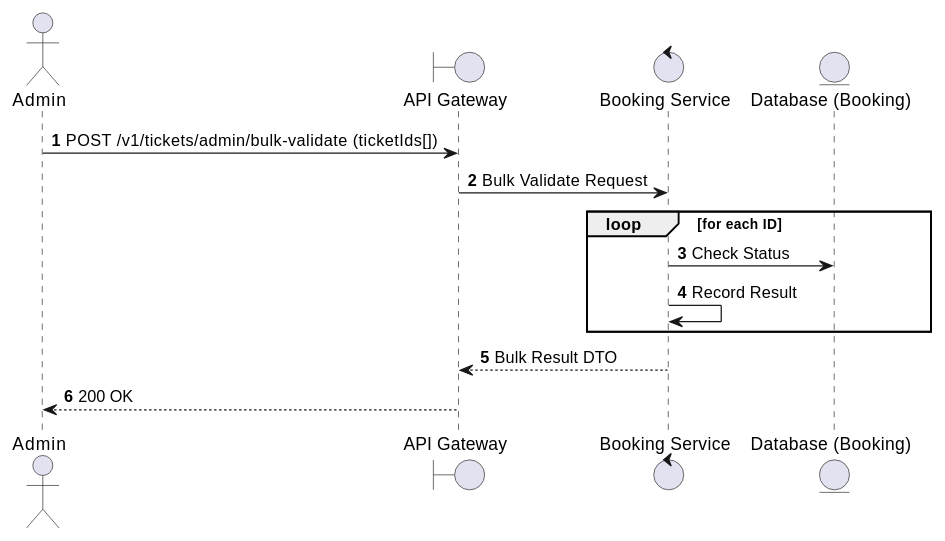
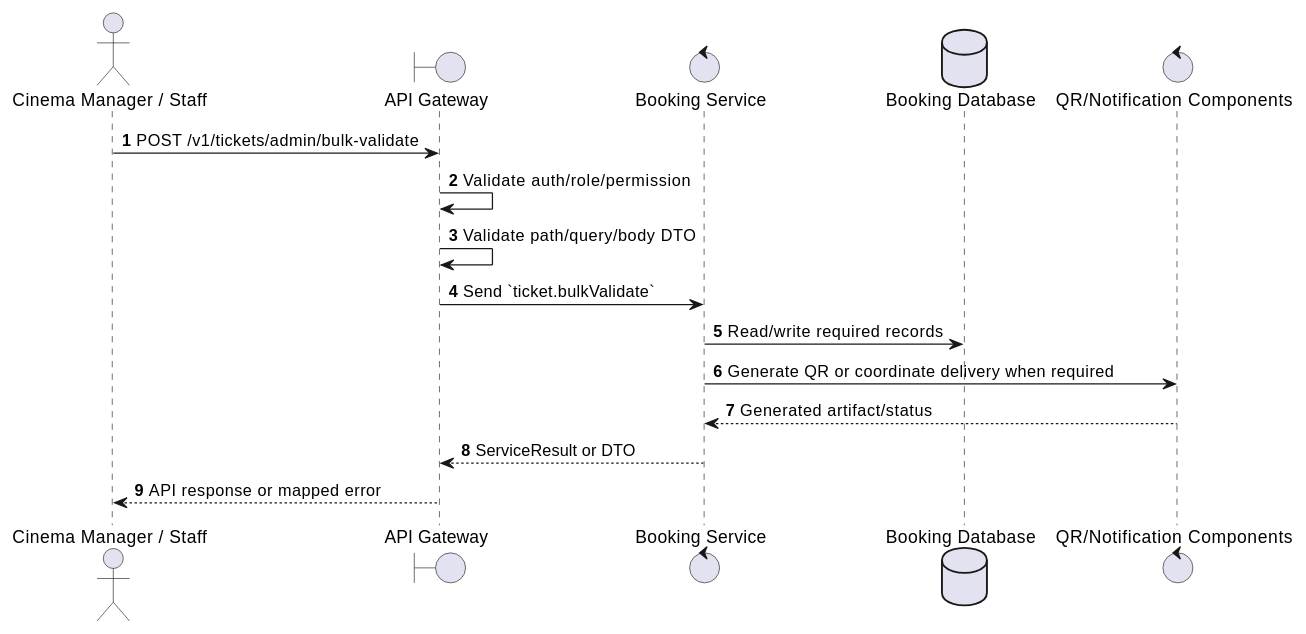
Before and after one commit to Tanh1603/movie-hub-architecture: the first of 2 diagrams in docs/functional_specs/3.7_Ticket_Management_Module/TK-A04_Bulk_Validate_Tickets.md, drawn with PlantUML. The commit also changed other lines of this file and 126 other files, not shown here.

````diff
--- a/docs/functional_specs/3.7_Ticket_Management_Module/TK-A04_Bulk_Validate_Tickets.md
+++ b/docs/functional_specs/3.7_Ticket_Management_Module/TK-A04_Bulk_Validate_Tickets.md
@@ -17,18 +17,20 @@
 ```plantuml
 @startuml
 autonumber
-actor Admin
+actor "Cinema Manager / Staff" as Actor
 boundary "API Gateway" as GW
-control "Booking Service" as BS
-entity "Database (Booking)" as DB
+control "Booking Service" as SVC
+database "Booking Database" as DB
+control "QR/Notification Components" as EXT
 
-Admin -> GW: POST /v1/tickets/admin/bulk-validate (ticketIds[])
-GW -> BS: Bulk Validate Request
-loop for each ID
-    BS -> DB: Check Status
-    BS -> BS: Record Result
-end
-BS --> GW: Bulk Result DTO
-GW --> Admin: 200 OK
+Actor -> GW: POST /v1/tickets/admin/bulk-validate
+GW -> GW: Validate auth/role/permission
+GW -> GW: Validate path/query/body DTO
+GW -> SVC: Send `ticket.bulkValidate`
+SVC -> DB: Read/write required records
+SVC -> EXT: Generate QR or coordinate delivery when required
+EXT --> SVC: Generated artifact/status
+SVC --> GW: ServiceResult or DTO
+GW --> Actor: API response or mapped error
 @enduml
 ```
````
